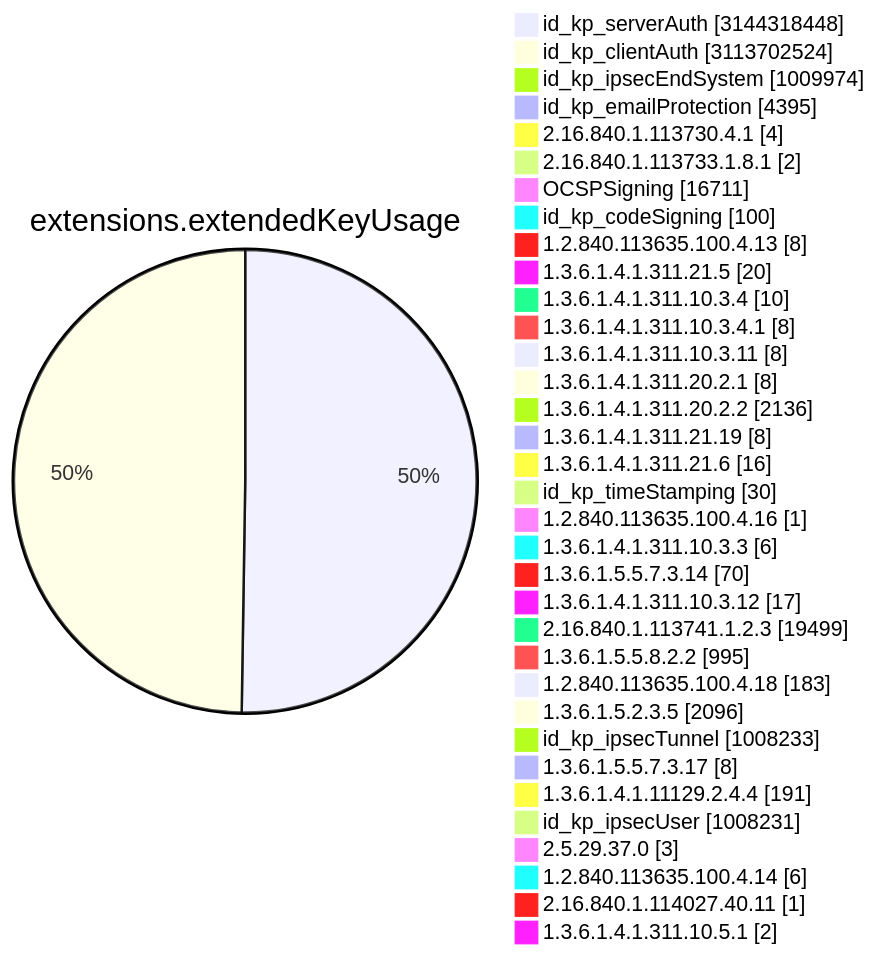
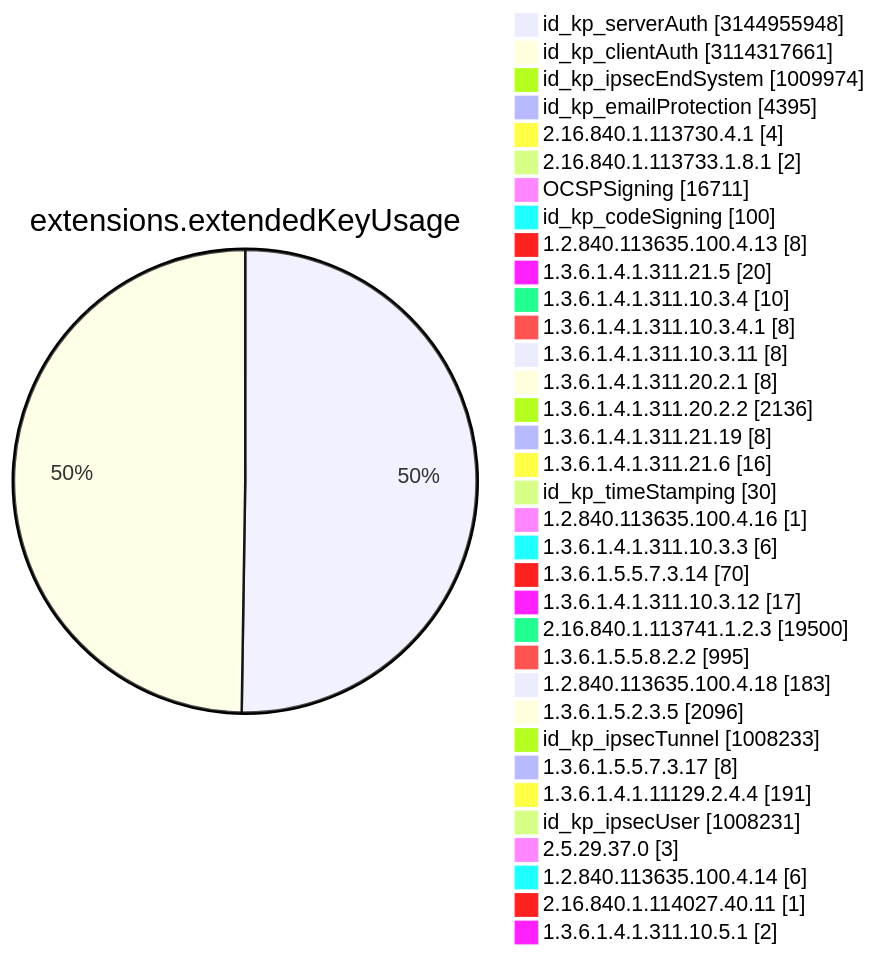
Diagram 11 of 15 in TOTAL/README.md (christiankrug/ctmonitor_visualization), drawn with Mermaid before and after one commit. The commit also changed other lines of this file, not shown here.

````diff
--- a/TOTAL/README.md
+++ b/TOTAL/README.md
@@ -4119,38 +4119,38 @@
 ```mermaid
 pie showData
 title extensions.extendedKeyUsage
-"id_kp_serverAuth" :3144318448
-"id_kp_clientAuth" :3113702524
+"id_kp_serverAuth" :3144955948
+"id_kp_clientAuth" :3114317661
 "id_kp_ipsecEndSystem" :1009974
 "id_kp_emailProtection" :4395
 "2.16.840.1.113730.4.1" :4
 "2.16.840.1.113733.1.8.1" :2
 "OCSPSigning" :16711
 "id_kp_codeSigning" :100
 "1.2.840.113635.100.4.13" :8
 "1.3.6.1.4.1.311.21.5" :20
 "1.3.6.1.4.1.311.10.3.4" :10
 "1.3.6.1.4.1.311.10.3.4.1" :8
 "1.3.6.1.4.1.311.10.3.11" :8
 "1.3.6.1.4.1.311.20.2.1" :8
 "1.3.6.1.4.1.311.20.2.2" :2136
 "1.3.6.1.4.1.311.21.19" :8
 "1.3.6.1.4.1.311.21.6" :16
 "id_kp_timeStamping" :30
 "1.2.840.113635.100.4.16" :1
 "1.3.6.1.4.1.311.10.3.3" :6
 "1.3.6.1.5.5.7.3.14" :70
 "1.3.6.1.4.1.311.10.3.12" :17
-"2.16.840.1.113741.1.2.3" :19499
+"2.16.840.1.113741.1.2.3" :19500
 "1.3.6.1.5.5.8.2.2" :995
 "1.2.840.113635.100.4.18" :183
 "1.3.6.1.5.2.3.5" :2096
 "id_kp_ipsecTunnel" :1008233
 "1.3.6.1.5.5.7.3.17" :8
 "1.3.6.1.4.1.11129.2.4.4" :191
 "id_kp_ipsecUser" :1008231
 "2.5.29.37.0" :3
 "1.2.840.113635.100.4.14" :6
 "2.16.840.1.114027.40.11" :1
 "1.3.6.1.4.1.311.10.5.1" :2
 ```
````
